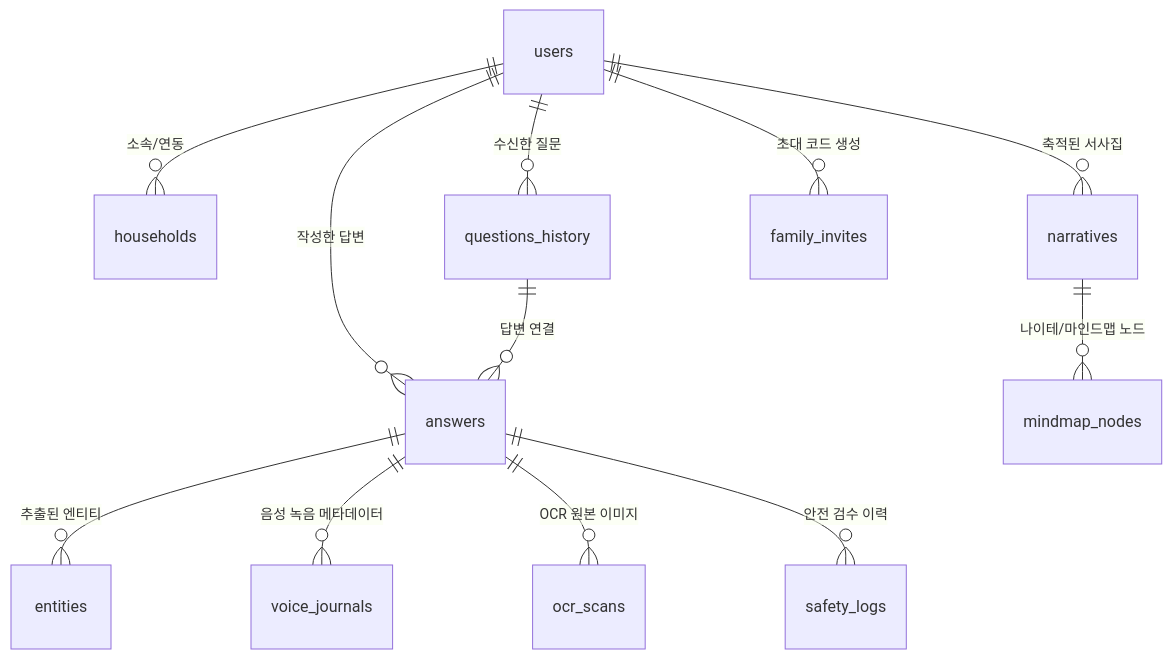
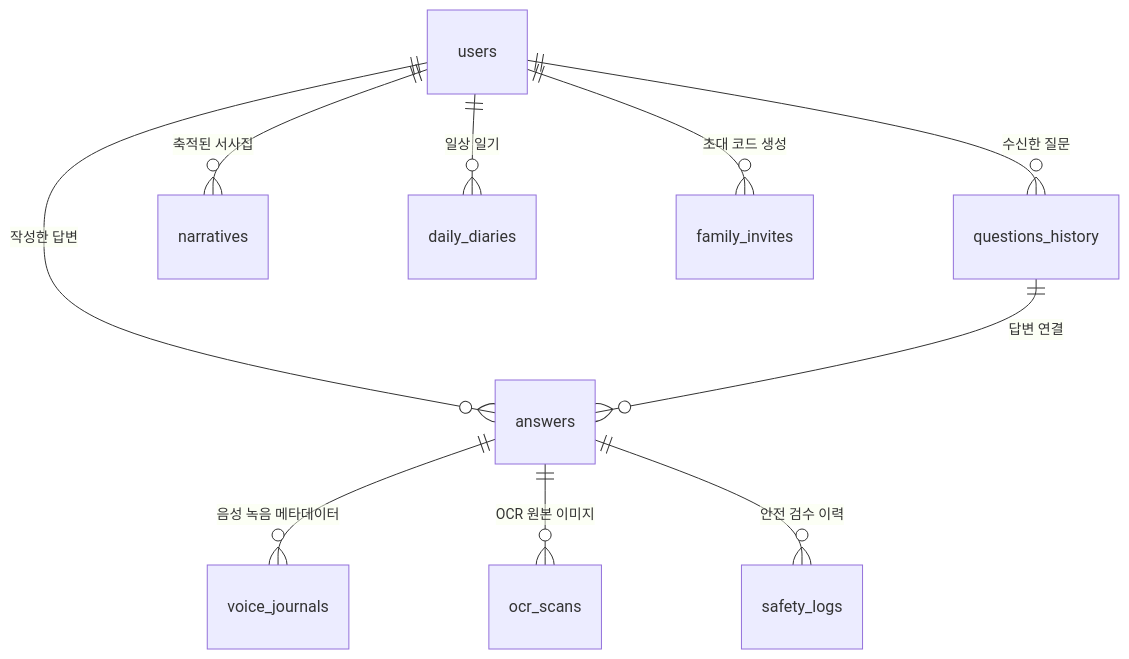
Before and after one commit to wojak-1234/AI-Builder-Sprint: the diagram in docs/database-schema.md, drawn with Mermaid. The commit also changed other lines of this file and 33 other files, not shown here.

````diff
--- a/docs/database-schema.md
+++ b/docs/database-schema.md
@@ -10,14 +10,12 @@
 ```mermaid
 erDiagram
-    users ||--o{ households : "소속/연동"
     users ||--o{ questions_history : "수신한 질문"
     users ||--o{ answers : "작성한 답변"
     users ||--o{ narratives : "축적된 서사집"
+    users ||--o{ daily_diaries : "일상 일기"
     questions_history ||--o{ answers : "답변 연결"
-    answers ||--o{ entities : "추출된 엔티티"
-    narratives ||--o{ mindmap_nodes : "나이테/마인드맵 노드"
     answers ||--o{ voice_journals : "음성 녹음 메타데이터"
     answers ||--o{ ocr_scans : "OCR 원본 이미지"
     users ||--o{ family_invites : "초대 코드 생성"
     answers ||--o{ safety_logs : "안전 검수 이력"
 ```
````
